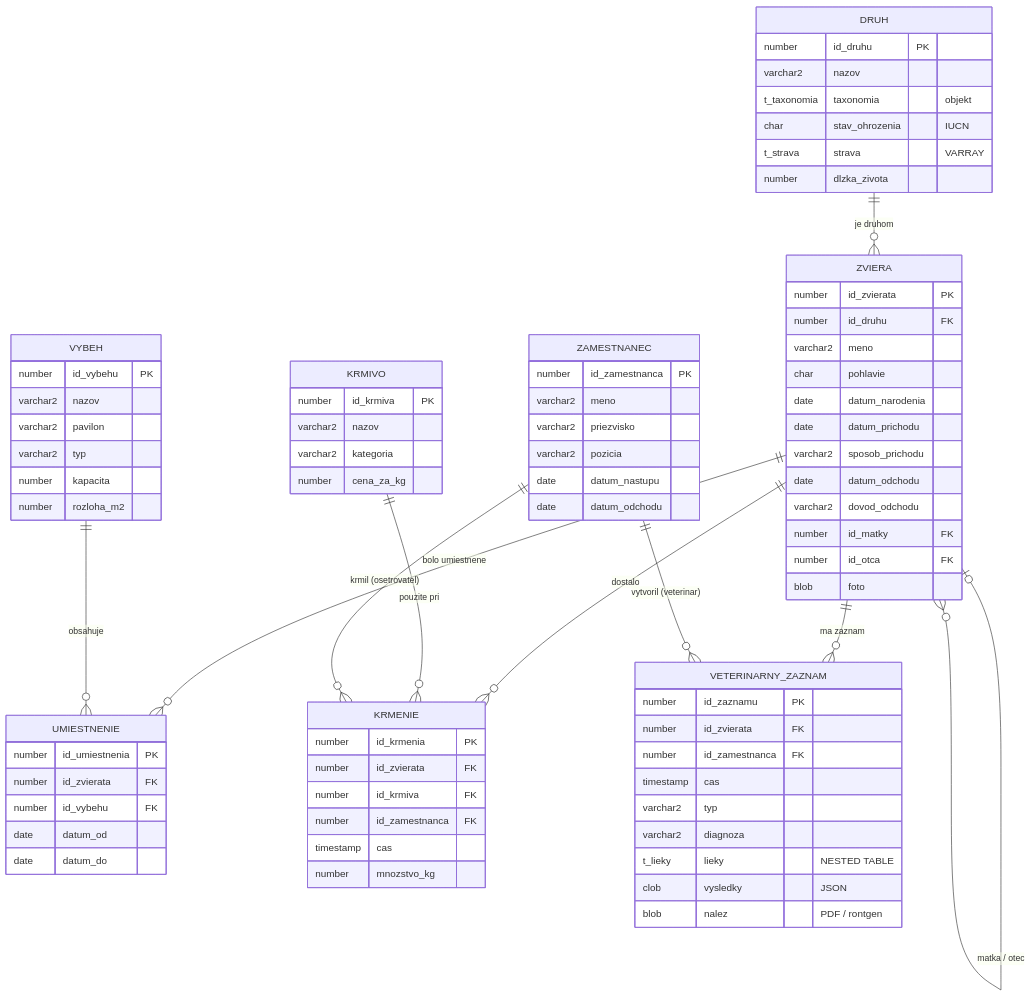
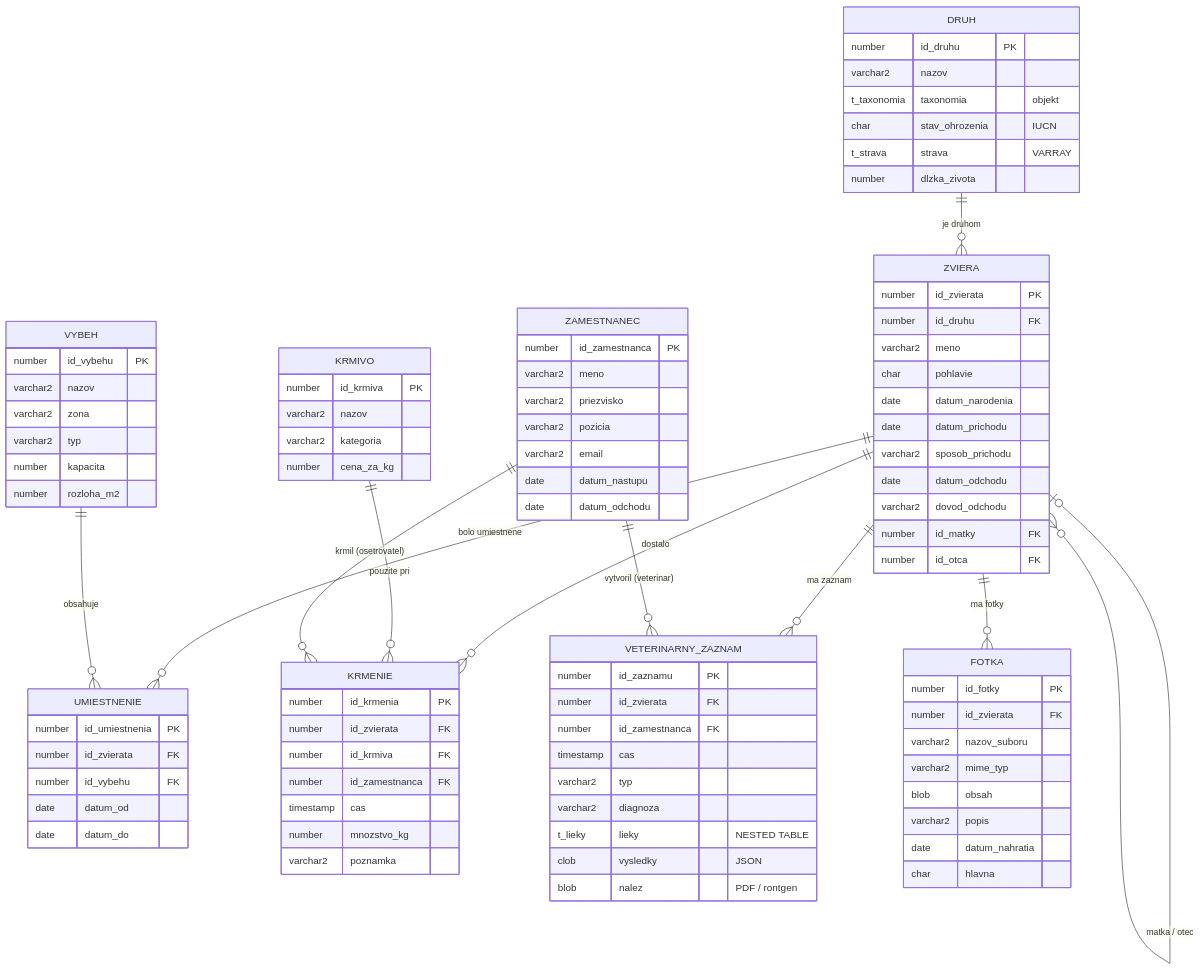
The diagram in README.md (Robindhuil/pds), drawn with Mermaid before and after one commit. The commit also changed other lines of this file and 4 other files, not shown here.

````diff
--- a/README.md
+++ b/README.md
@@ -29,6 +38,7 @@
     ZAMESTNANEC ||--o{ KRMENIE : "krmil (osetrovatel)"
     ZVIERA ||--o{ VETERINARNY_ZAZNAM : "ma zaznam"
     ZAMESTNANEC ||--o{ VETERINARNY_ZAZNAM : "vytvoril (veterinar)"
+    ZVIERA ||--o{ FOTKA : "ma fotky"
 
     DRUH {
         number id_druhu PK
@@ -50,12 +60,11 @@
         varchar2 dovod_odchodu
         number id_matky FK
         number id_otca FK
-        blob foto
     }
     VYBEH {
         number id_vybehu PK
         varchar2 nazov
-        varchar2 pavilon
+        varchar2 zona
         varchar2 typ
         number kapacita
         number rozloha_m2
@@ -72,6 +81,7 @@
         varchar2 meno
         varchar2 priezvisko
         varchar2 pozicia
+        varchar2 email
         date datum_nastupu
         date datum_odchodu
     }
@@ -88,6 +98,7 @@
         number id_zamestnanca FK
         timestamp cas
         number mnozstvo_kg
+        varchar2 poznamka
     }
     VETERINARNY_ZAZNAM {
         number id_zaznamu PK
@@ -100,4 +111,14 @@
         clob vysledky "JSON"
         blob nalez "PDF / rontgen"
     }
+    FOTKA {
+        number id_fotky PK
+        number id_zvierata FK
+        varchar2 nazov_suboru
+        varchar2 mime_typ
+        blob obsah
+        varchar2 popis
+        date datum_nahratia
+        char hlavna
+    }
 ```
````
